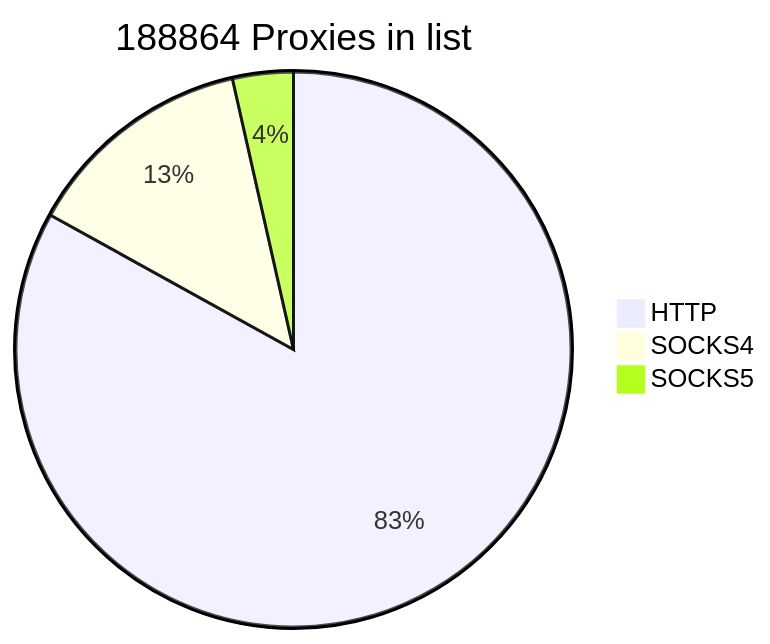
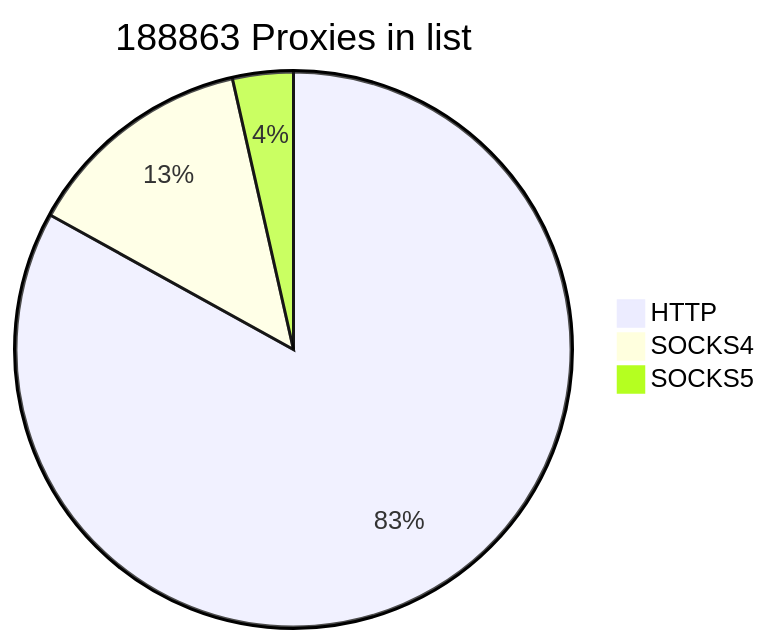
The first of 2 diagrams in README.md (cutipu/proxylist), drawn with Mermaid before and after one commit. The commit also changed other lines of this file, not shown here.

````diff
--- a/README.md
+++ b/README.md
@@ -2,7 +2,7 @@
 ```mermaid
-pie title 188864 Proxies in list
+pie title 188863 Proxies in list
     "HTTP" : 156831
     "SOCKS4" : 25366
-    "SOCKS5" : 6667
+    "SOCKS5" : 6666
             
 ```
````
